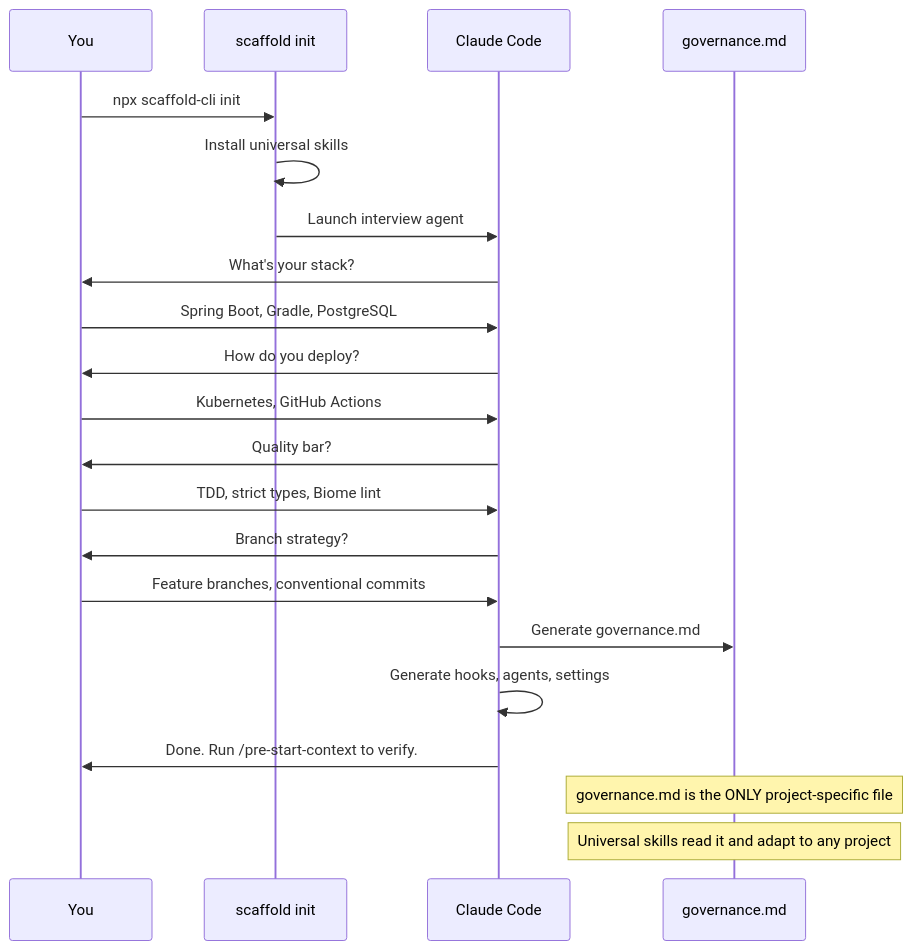
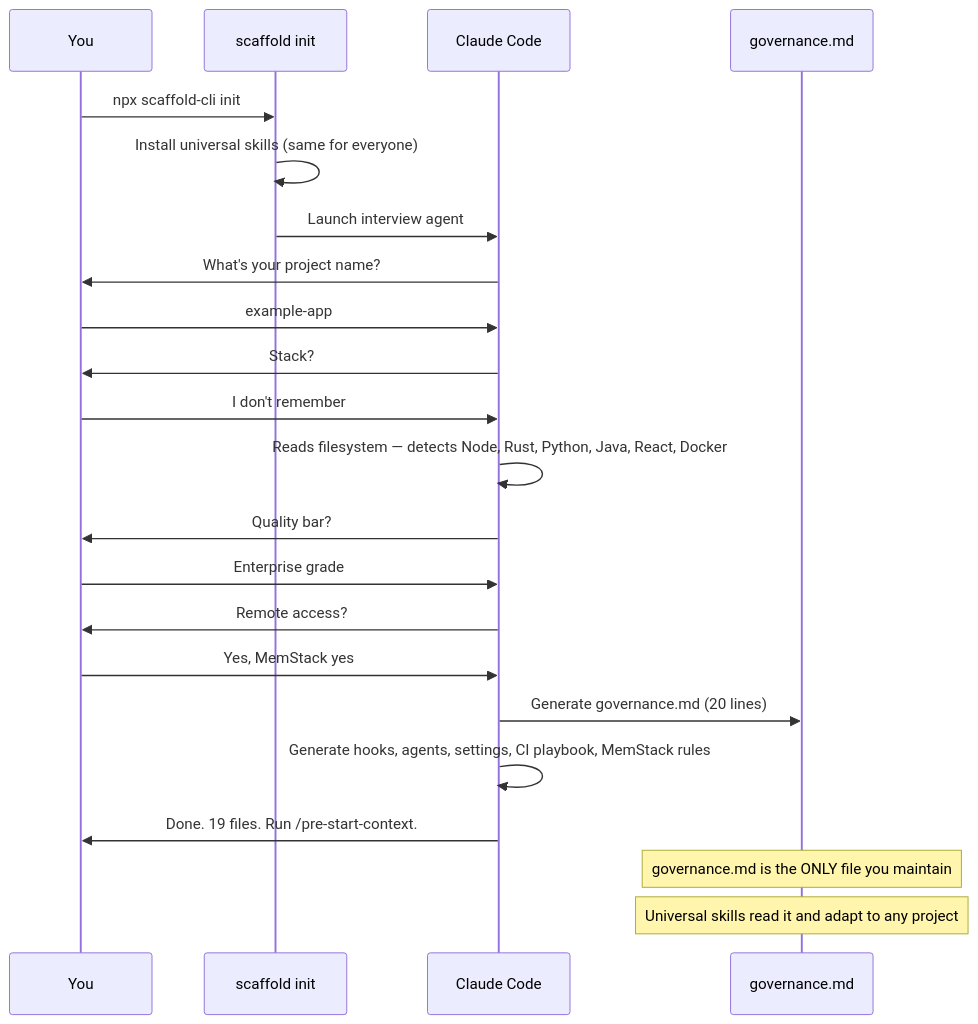
Before and after one commit to WhitehatD/crag: the second of 4 diagrams in README.md, drawn with Mermaid. The commit also changed other lines of this file and 2 other files, not shown here.

First line of the commit message:
feat: proven on example-app — universal skills discover 5-language 9-service project

````diff
--- a/README.md
+++ b/README.md
@@ -47,27 +88,28 @@
 ```mermaid
 sequenceDiagram
     participant U as You
     participant S as scaffold init
     participant C as Claude Code
     participant G as governance.md
 
     U->>S: npx scaffold-cli init
-    S->>S: Install universal skills
+    S->>S: Install universal skills (same for everyone)
     S->>C: Launch interview agent
 
-    C->>U: What's your stack?
-    U->>C: Spring Boot, Gradle, PostgreSQL
-    C->>U: How do you deploy?
-    U->>C: Kubernetes, GitHub Actions
+    C->>U: What's your project name?
+    U->>C: example-app
+    C->>U: Stack?
+    U->>C: I don't remember
+    C->>C: Reads filesystem — detects Node, Rust, Python, Java, React, Docker
     C->>U: Quality bar?
-    U->>C: TDD, strict types, Biome lint
-    C->>U: Branch strategy?
-    U->>C: Feature branches, conventional commits
+    U->>C: Enterprise grade
+    C->>U: Remote access?
+    U->>C: Yes, MemStack yes
 
-    C->>G: Generate governance.md
-    C->>C: Generate hooks, agents, settings
-    C->>U: Done. Run /pre-start-context to verify.
+    C->>G: Generate governance.md (20 lines)
+    C->>C: Generate hooks, agents, settings, CI playbook, MemStack rules
+    C->>U: Done. 19 files. Run /pre-start-context.
 
-    Note over G: governance.md is the ONLY project-specific file
+    Note over G: governance.md is the ONLY file you maintain
     Note over G: Universal skills read it and adapt to any project
 ```
````
